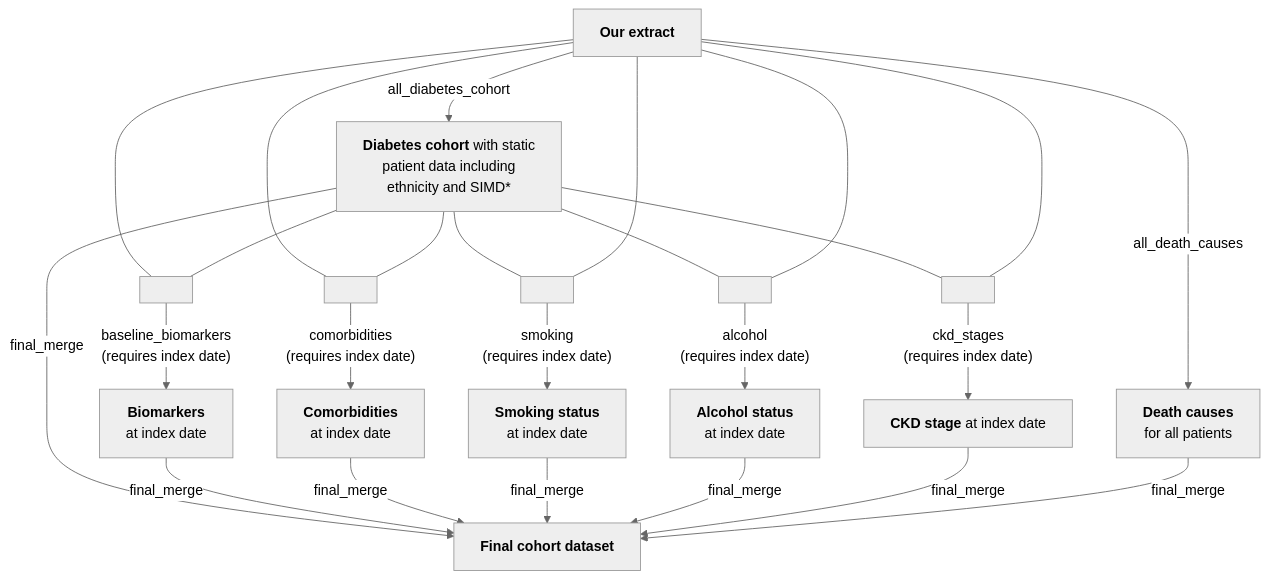
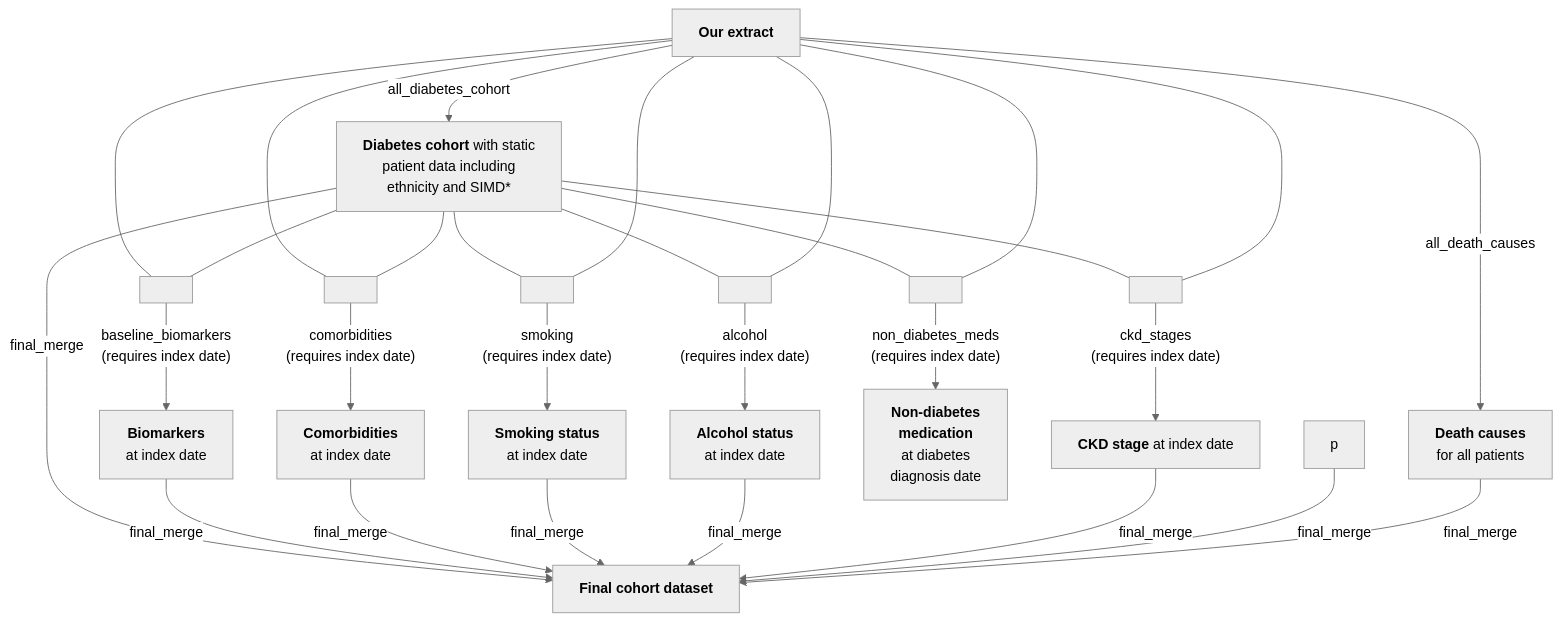
Before and after one commit to Exeter-Diabetes/SDRN-Cohort-Scripts: the diagram in 01-At-diagnosis/README.md, drawn with Mermaid (neutral theme). The commit also changed other lines of this file and 7 other files, not shown here.

Commit message:
Minor adjustments to the README file, new file containing non diabetes medication information.

````diff
--- a/01-At-diagnosis/README.md
+++ b/01-At-diagnosis/README.md
@@ -12,33 +12,38 @@
 ```mermaid
 graph TD;
     A["<b>Our extract</b>"] --> |"all_diabetes_cohort"| B["<b>Diabetes cohort</b> with static <br> patient data including <br> ethnicity and SIMD*"]
     A---C[ ]:::empty
     B---C
     C --> |"baseline_biomarkers <br> (requires index date)"| J["<b>Biomarkers</b> <br> at index date"]
     
     A---D[ ]:::empty
     B---D
     D --> |"comorbidities <br> (requires index date)"| K["<b>Comorbidities</b> <br> at index date"]
     
     B---E[ ]:::empty
     A---E[ ]
     E --> |"smoking <br> (requires index date)"| L["<b>Smoking status</b> <br> at index date"]
     
     B---F[ ]:::empty
     A---F[ ]
     F --> |"alcohol <br> (requires index date)"| M["<b>Alcohol status</b> <br> at index date"]
     
     B---G[ ]:::empty
     A---G[ ]
     G --> |"ckd_stages <br> (requires index date)"| N["<b>CKD stage</b <br> at index date"]
     
+    B---H[ ]:::empty
+    A---H[ ]
+    H --> |"non_diabetes_meds <br> (requires index date)"| P["<b>Non-diabetes <br> medication</b> <br> at diabetes <br> diagnosis date"]
+    
     A --> |"all_death_causes"| O["<b>Death causes</b> <br> for all patients"]
     
     B --> |"final_merge"| I["<b>Final cohort dataset</b>"]
     J --> |"final_merge"| I
     K --> |"final_merge"| I
     L --> |"final_merge"| I
     M --> |"final_merge"| I
     N --> |"final_merge"| I
+    p --> |"final_merge"| I
     O --> |"final_merge"| I
 ```
````
